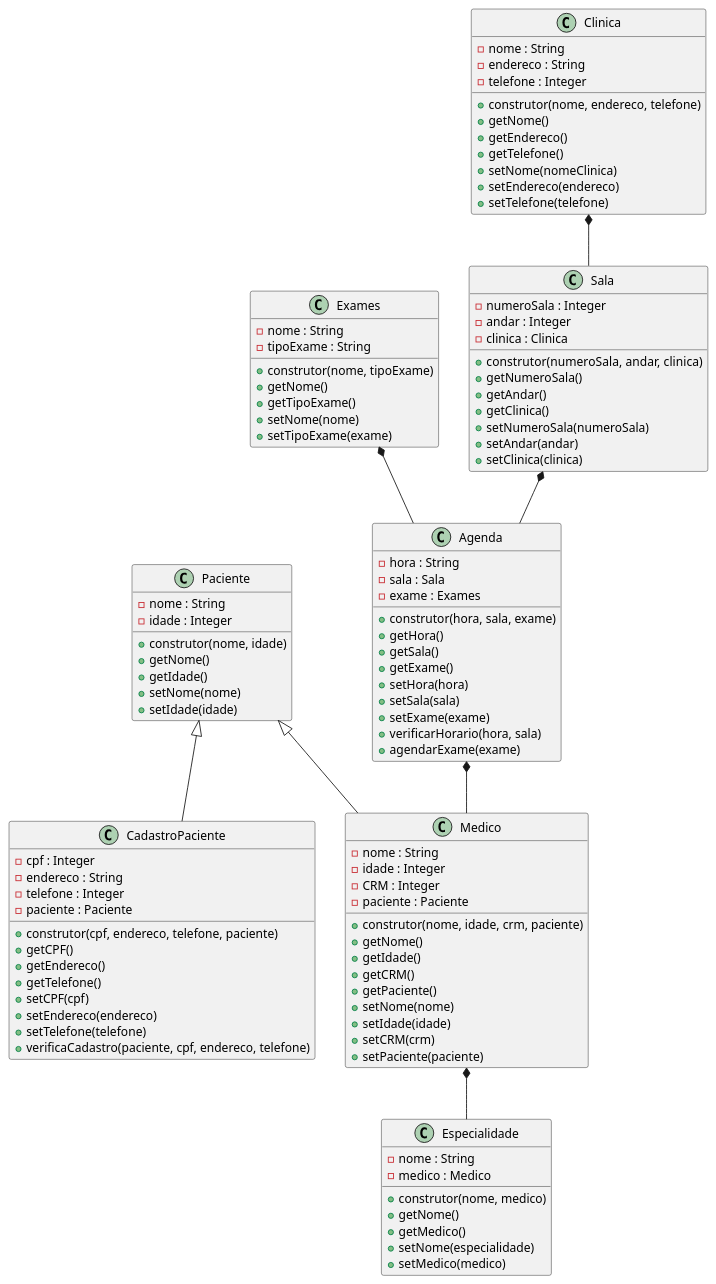
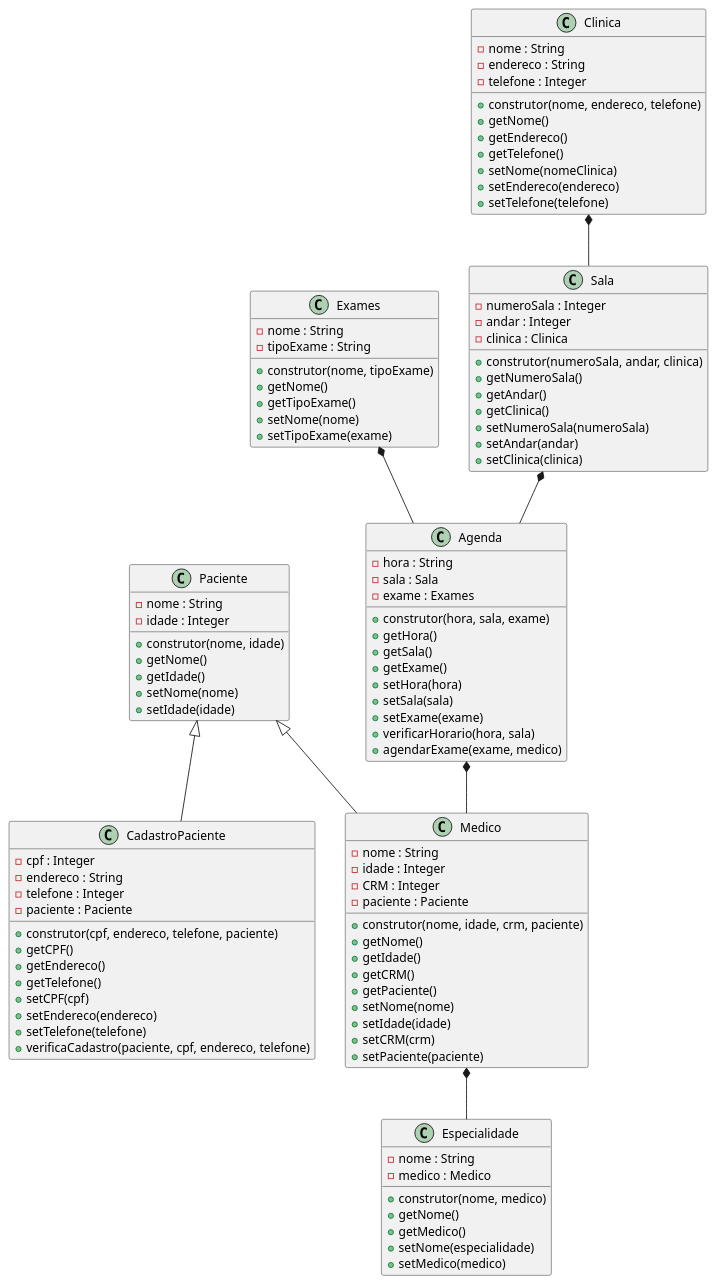
The diagram in diagrama.plantuml (anleaes/2022-1-N2-POO-03), drawn with PlantUML before and after one commit.

Commit message:
adicionado parametro medico

```diff
--- a/diagrama.plantuml
+++ b/diagrama.plantuml
@@ -1,113 +1,113 @@
 @startuml Gerenciamento de Exames Medicos
 
     class Agenda{
         - hora : String
         - sala : Sala
         - exame : Exames
         + construtor(hora, sala, exame)
         + getHora()
         + getSala()
         + getExame()
         + setHora(hora)
         + setSala(sala)
         + setExame(exame)
         + verificarHorario(hora, sala)
-        + agendarExame(exame)
+        + agendarExame(exame, medico)
     }
 
     class Paciente{
         - nome : String
         - idade : Integer
         + construtor(nome, idade)
         + getNome()
         + getIdade()
         + setNome(nome)
         + setIdade(idade)
     }
 
     class CadastroPaciente{
         - cpf : Integer
         - endereco : String
         - telefone : Integer
         - paciente : Paciente
         + construtor(cpf, endereco, telefone, paciente)
         + getCPF()
         + getEndereco()
         + getTelefone()
         + setCPF(cpf)
         + setEndereco(endereco)
         + setTelefone(telefone)
         + verificaCadastro(paciente, cpf, endereco, telefone)
     }
 
     class Medico{
         - nome : String
         - idade : Integer
         - CRM : Integer
         - paciente : Paciente
         + construtor(nome, idade, crm, paciente)
         + getNome()
         + getIdade()
         + getCRM()
         + getPaciente()
         + setNome(nome)
         + setIdade(idade)
         + setCRM(crm)
         + setPaciente(paciente)
     }
 
     class Exames{
         - nome : String
         - tipoExame : String
         + construtor(nome, tipoExame)
         + getNome()
         + getTipoExame()
         + setNome(nome)
         + setTipoExame(exame)
     }
 
     class Especialidade{
         - nome : String
         - medico : Medico
         + construtor(nome, medico)
         + getNome()
         + getMedico()
         + setNome(especialidade)
         + setMedico(medico)
     }
 
     class Clinica{
         - nome : String
         - endereco : String
         - telefone : Integer
         + construtor(nome, endereco, telefone)
         + getNome()
         + getEndereco()
         + getTelefone()
         + setNome(nomeClinica)
         + setEndereco(endereco)
         + setTelefone(telefone)
     }
 
     class Sala{
         - numeroSala : Integer
         - andar : Integer
         - clinica : Clinica
         + construtor(numeroSala, andar, clinica)
         + getNumeroSala()
         + getAndar()
         + getClinica()
         + setNumeroSala(numeroSala)
         + setAndar(andar)
         + setClinica(clinica)
     }
 
     Paciente <|-- CadastroPaciente
     Paciente <|-- Medico
     Medico *-- Especialidade
     Exames *-- Agenda
     Sala *-- Agenda
     Agenda *-- Medico
     Clinica *-- Sala
 
 @enduml
```
